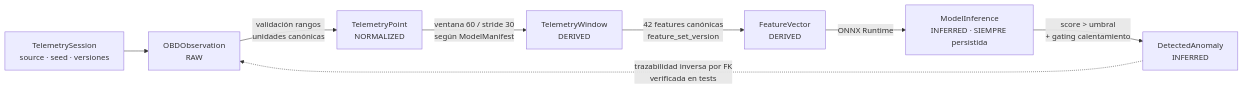
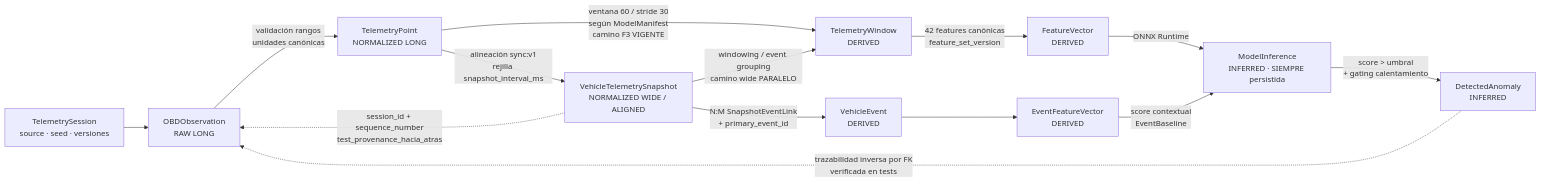
The diagram in docs/data-architecture/diagrams/telemetry-flow.mmd (3dluis/tfm-mecanico-ai), drawn with Mermaid before and after one commit. The commit also changed 36 other files, not shown here.

First line of the commit message:
F11: VehicleTelemetrySnapshot (wide canónico) + evaluación de persistencia Edge

```diff
--- a/docs/data-architecture/diagrams/telemetry-flow.mmd
+++ b/docs/data-architecture/diagrams/telemetry-flow.mmd
@@ -1,8 +1,14 @@
 flowchart LR
-    S[TelemetrySession<br/>source · seed · versiones] --> R[OBDObservation<br/>RAW]
-    R -->|validación rangos<br/>unidades canónicas| N[TelemetryPoint<br/>NORMALIZED]
-    N -->|ventana 60 / stride 30<br/>según ModelManifest| W[TelemetryWindow<br/>DERIVED]
+    S[TelemetrySession<br/>source · seed · versiones] --> R[OBDObservation<br/>RAW LONG]
+    R -->|validación rangos<br/>unidades canónicas| N[TelemetryPoint<br/>NORMALIZED LONG]
+    N -->|alineación sync:v1<br/>rejilla snapshot_interval_ms| X[VehicleTelemetrySnapshot<br/>NORMALIZED WIDE / ALIGNED]
+    N -->|ventana 60 / stride 30<br/>según ModelManifest<br/>camino F3 VIGENTE| W[TelemetryWindow<br/>DERIVED]
+    X -->|windowing / event grouping<br/>camino wide PARALELO| W
+    X -->|N:M SnapshotEventLink<br/>+ primary_event_id| E[VehicleEvent<br/>DERIVED]
+    E --> EFV[EventFeatureVector<br/>DERIVED]
     W -->|42 features canónicas<br/>feature_set_version| F[FeatureVector<br/>DERIVED]
     F -->|ONNX Runtime| I[ModelInference<br/>INFERRED · SIEMPRE persistida]
+    EFV -->|score contextual<br/>EventBaseline| I
     I -->|score > umbral<br/>+ gating calentamiento| A[DetectedAnomaly<br/>INFERRED]
     A -.->|trazabilidad inversa por FK<br/>verificada en tests| R
+    X -.->|session_id + sequence_number<br/>test_provenance_hacia_atras| R
```
